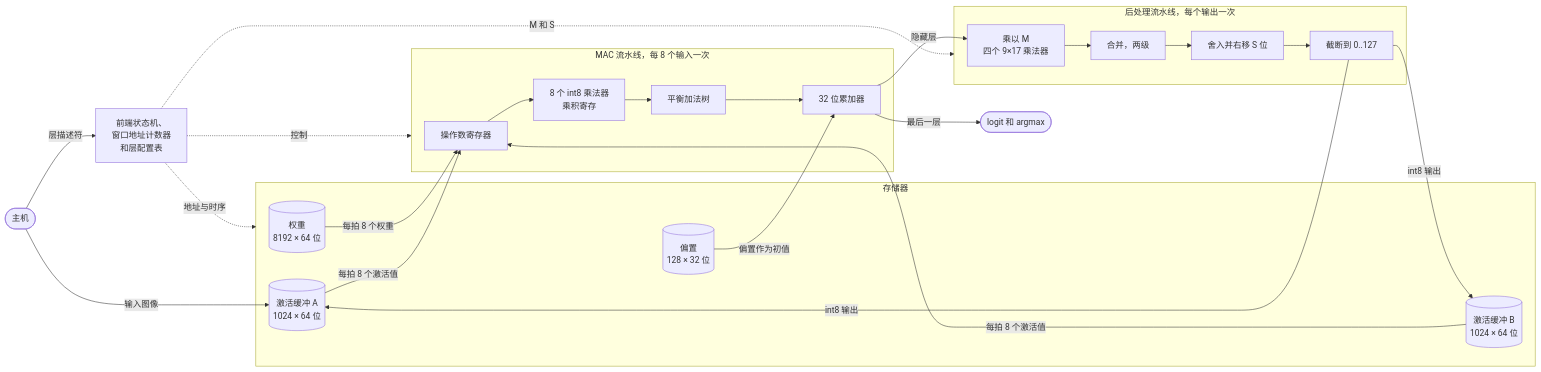
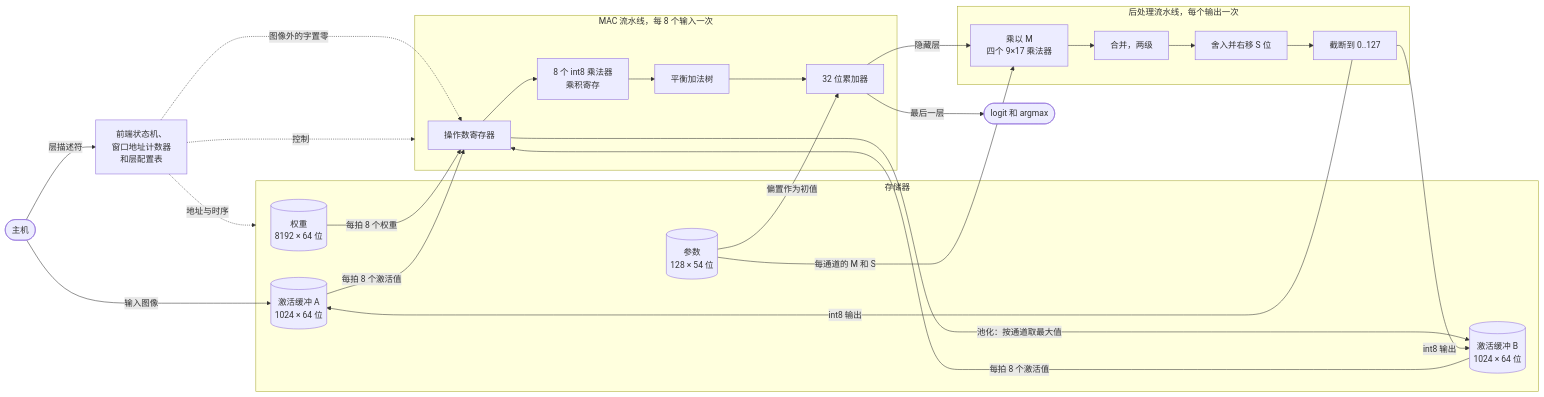
One commit to lai3d/suanpan changed the diagram in README.zh-CN.md. Above: the diagram before and after it, drawn with Mermaid. The commit also changed other lines of this file and 6 other files, not shown here.

````diff
--- a/README.zh-CN.md
+++ b/README.zh-CN.md
@@ -106,44 +109,46 @@
 ```mermaid
 flowchart LR
     host([主机])
 
     subgraph mem[存储器]
         wmem[(权重<br/>8192 × 64 位)]
-        bmem[(偏置<br/>128 × 32 位)]
+        bmem[(参数<br/>128 × 54 位)]
         bufa[(激活缓冲 A<br/>1024 × 64 位)]
         bufb[(激活缓冲 B<br/>1024 × 64 位)]
     end
 
     subgraph mac[MAC 流水线，每 8 个输入一次]
         reg0[操作数寄存器]
         mul[8 个 int8 乘法器<br/>乘积寄存]
         tree[平衡加法树]
         acc[32 位累加器]
         reg0 --> mul --> tree --> acc
     end
 
     subgraph rq[后处理流水线，每个输出一次]
         hmul[乘以 M<br/>四个 9×17 乘法器]
         comb[合并，两级]
         rnd[舍入并右移 S 位]
         clamp[截断到 0..127]
         hmul --> comb --> rnd --> clamp
     end
 
     ctrl[前端状态机、<br/>窗口地址计数器<br/>和层配置表]
     out([logit 和 argmax])
 
     host -- 输入图像 --> bufa
     host -- 层描述符 --> ctrl
     wmem -- 每拍 8 个权重 --> reg0
     bufa -- 每拍 8 个激活值 --> reg0
     bufb -- 每拍 8 个激活值 --> reg0
     bmem -- 偏置作为初值 --> acc
+    bmem -- 每通道的 M 和 S --> hmul
+    reg0 -- 池化：按通道取最大值 --> bufb
     acc -- 隐藏层 --> hmul
     clamp -- int8 输出 --> bufb
     clamp -- int8 输出 --> bufa
     acc -- 最后一层 --> out
     ctrl -. 地址与时序 .-> mem
     ctrl -. 控制 .-> mac
-    ctrl -. M 和 S .-> rq
+    ctrl -. 图像外的字置零 .-> reg0
 ```
````
